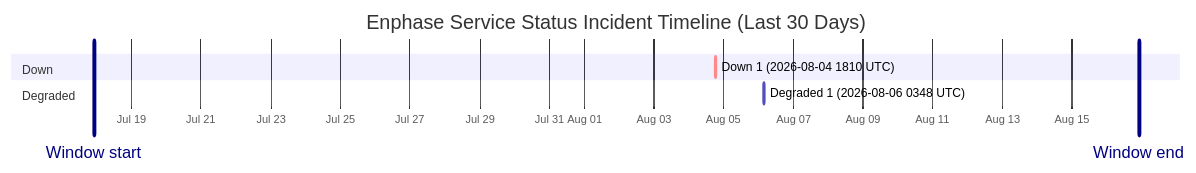
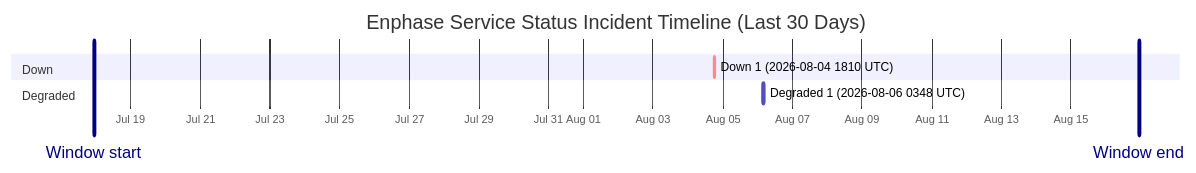
The diagram in wiki/Service-Status-History.md (barneyonline/ha-enphase-energy), drawn with Mermaid before and after one commit. The commit also changed other lines of this file and 3 other files, not shown here.

````diff
--- a/wiki/Service-Status-History.md
+++ b/wiki/Service-Status-History.md
@@ -14,12 +14,12 @@
 ```mermaid
 gantt
     title Enphase Service Status Incident Timeline (Last 30 Days)
     dateFormat  YYYY-MM-DDTHH:mm:ss
     axisFormat  %b %d
-    Window start :vert, window-start, 2026-07-17T22:18:28, 0ms
-    Window end :vert, window-end, 2026-08-16T22:18:28, 0ms
+    Window start :vert, window-start, 2026-07-17T22:46:15, 0ms
+    Window end :vert, window-end, 2026-08-16T22:46:15, 0ms
     section Down
     Down 1 (2026-08-04 1810 UTC) :crit, down-1, 2026-08-04T18:10:46, 60m
     section Degraded
     Degraded 1 (2026-08-06 0348 UTC) :active, degraded-1, 2026-08-06T03:48:14, 60m
 ```
````
